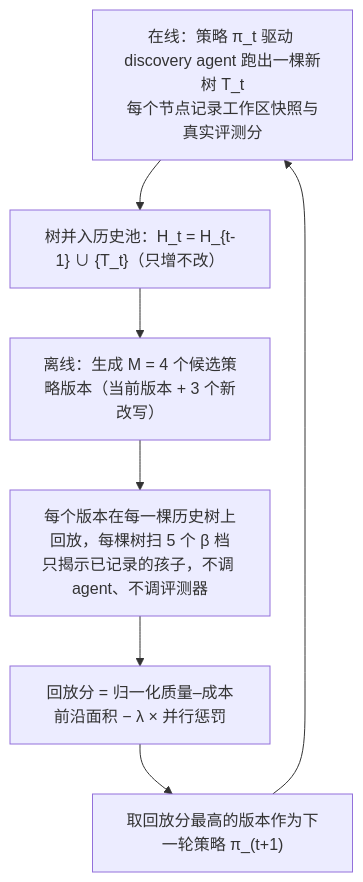
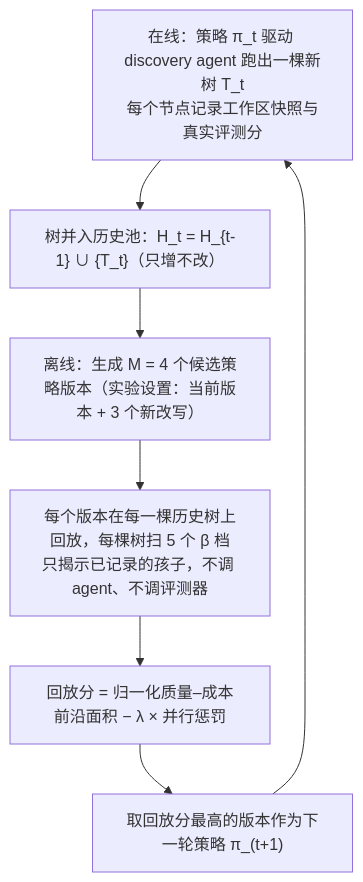
One commit to yanfeng98/paper-reading-notes changed the first of 5 diagrams in docs/rsi-methods.md. Above: the diagram before and after it, drawn with Mermaid. The commit also changed other lines of this file and 15 other files, not shown here.

````diff
--- a/docs/rsi-methods.md
+++ b/docs/rsi-methods.md
@@ -67,9 +69,9 @@
 ```mermaid
 flowchart TD
     A["在线：策略 π_t 驱动 discovery agent 跑出一棵新树 T_t<br/>每个节点记录工作区快照与真实评测分"] --> B["树并入历史池：H_t = H_{t-1} ∪ {T_t}（只增不改）"]
-    B --> C["离线：生成 M = 4 个候选策略版本（当前版本 + 3 个新改写）"]
+    B --> C["离线：生成 M = 4 个候选策略版本（实验设置：当前版本 + 3 个新改写）"]
     C --> D["每个版本在每一棵历史树上回放，每棵树扫 5 个 β 档<br/>只揭示已记录的孩子，不调 agent、不调评测器"]
     D --> E["回放分 = 归一化质量–成本前沿面积 − λ × 并行惩罚"]
     E --> F["取回放分最高的版本作为下一轮策略 π_(t+1)"]
     F --> A
 ```
````
